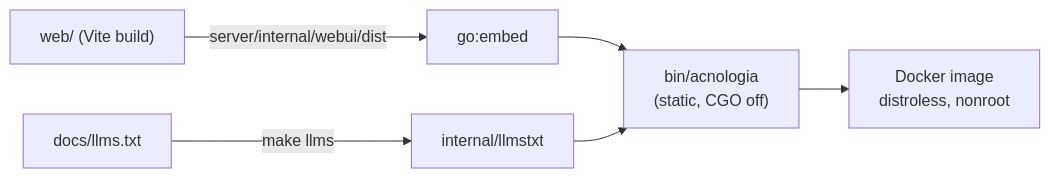
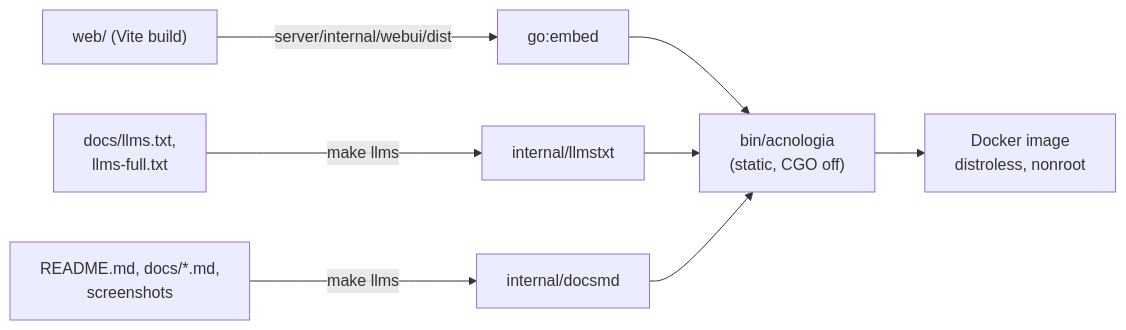
The fifth of 6 diagrams in docs/architecture.md (sidharthpunathil/acnologia), drawn with Mermaid before and after one commit. The commit also changed other lines of this file and 1 other file, not shown here.

First line of the commit message:
Bring the architecture doc up to date with sharing and the refresh

````diff
--- a/docs/architecture.md
+++ b/docs/architecture.md
@@ -267,8 +388,10 @@
 ```mermaid
 flowchart LR
     Web["web/ (Vite build)"] -->|"server/internal/webui/dist"| Embed["go:embed"]
-    LLMS["docs/llms.txt"] -->|"make llms"| Embed2["internal/llmstxt"]
+    LLMS["docs/llms.txt,<br/>llms-full.txt"] -->|"make llms"| Embed2["internal/llmstxt"]
+    MD["README.md, docs/*.md,<br/>screenshots"] -->|"make llms"| Embed3["internal/docsmd"]
     Embed --> Bin["bin/acnologia<br/>(static, CGO off)"]
     Embed2 --> Bin
+    Embed3 --> Bin
     Bin --> Img["Docker image<br/>distroless, nonroot"]
 ```
````
